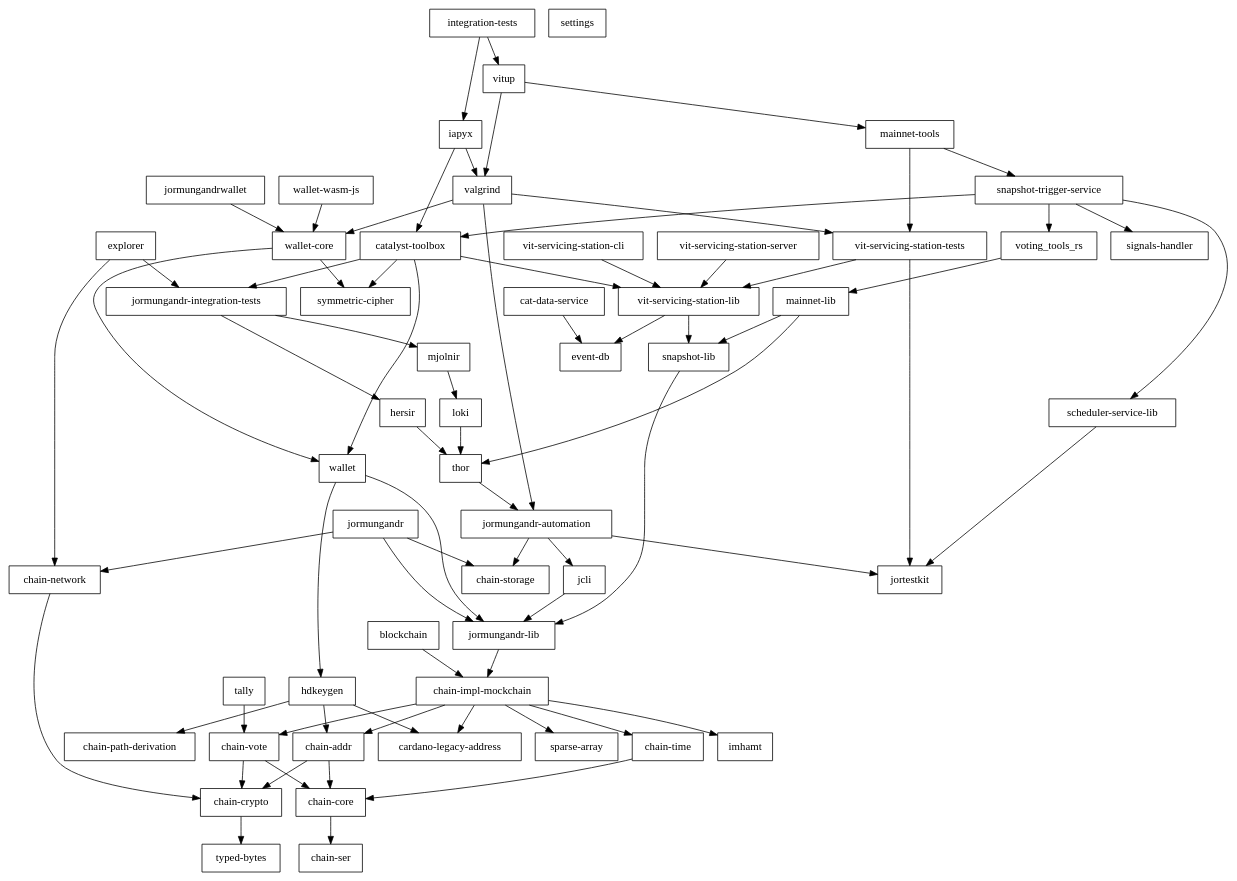
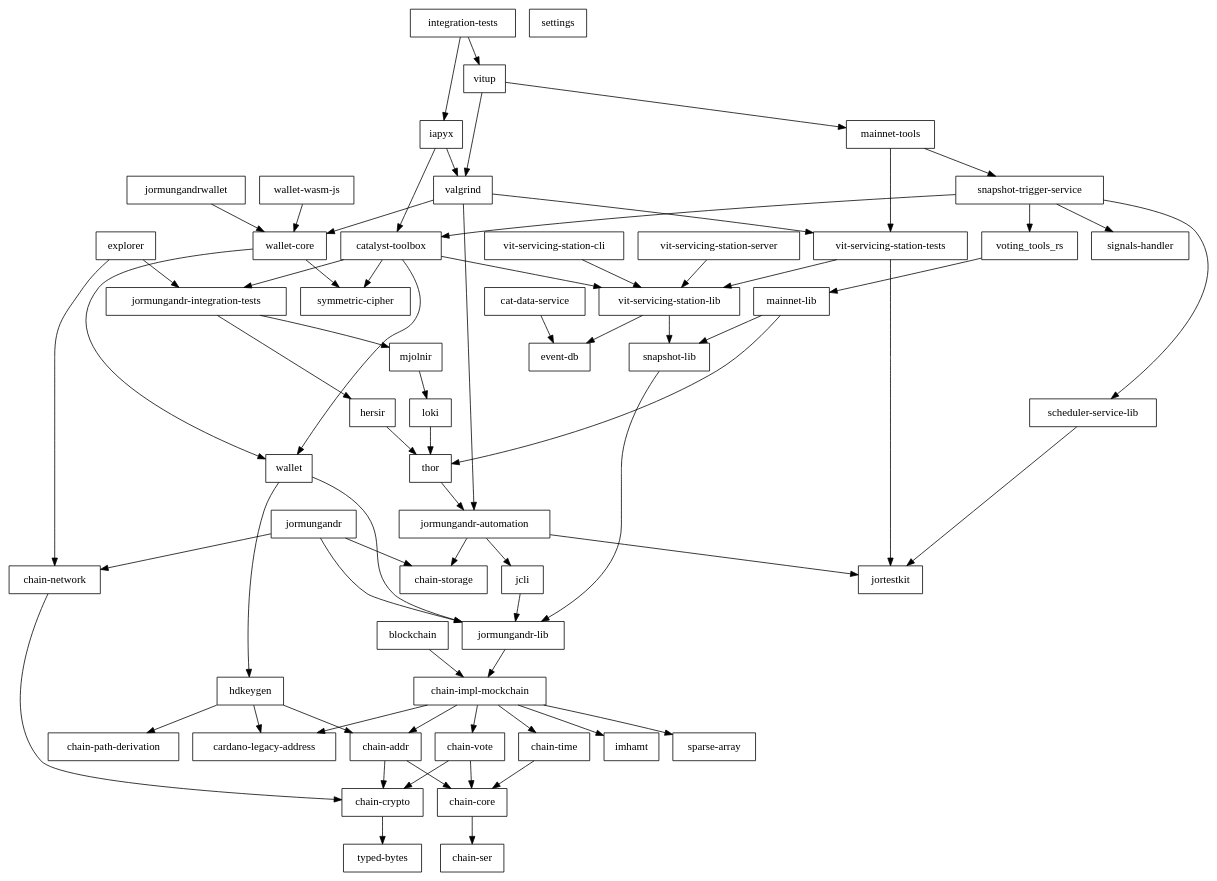
Before and after one commit to input-output-hk/catalyst-core: the diagram in refactor/event-db/06_rust_api/rust/doc/workspace.depgraph.dot, drawn with Graphviz. The commit also changed 1130 other files, not shown here.

```diff
--- a/refactor/event-db/06_rust_api/rust/doc/workspace.depgraph.dot
+++ b/refactor/event-db/06_rust_api/rust/doc/workspace.depgraph.dot
@@ -1,126 +1,124 @@
 digraph {
     0 [ label = "catalyst-toolbox" shape = box]
     1 [ label = "chain-addr" shape = box]
     2 [ label = "chain-core" shape = box]
     3 [ label = "chain-ser" shape = box]
     4 [ label = "chain-crypto" shape = box]
     5 [ label = "typed-bytes" shape = box]
     6 [ label = "chain-impl-mockchain" shape = box]
     7 [ label = "cardano-legacy-address" shape = box]
     8 [ label = "chain-time" shape = box]
     9 [ label = "chain-vote" shape = box]
     10 [ label = "imhamt" shape = box]
     11 [ label = "sparse-array" shape = box]
     12 [ label = "chain-storage" shape = box]
     13 [ label = "jcli" shape = box]
     14 [ label = "jormungandr-lib" shape = box]
     15 [ label = "jormungandr-automation" shape = box]
     16 [ label = "jortestkit" shape = box]
     17 [ label = "jormungandr-integration-tests" shape = box]
     18 [ label = "hersir" shape = box]
     19 [ label = "thor" shape = box]
     20 [ label = "loki" shape = box]
     21 [ label = "mjolnir" shape = box]
     22 [ label = "snapshot-lib" shape = box]
     23 [ label = "symmetric-cipher" shape = box]
     24 [ label = "vit-servicing-station-lib" shape = box]
     25 [ label = "event-db" shape = box]
     26 [ label = "vit-servicing-station-tests" shape = box]
     27 [ label = "wallet" shape = box]
     28 [ label = "chain-path-derivation" shape = box]
     29 [ label = "hdkeygen" shape = box]
     30 [ label = "chain-network" shape = box]
     31 [ label = "jormungandrwallet" shape = box]
     32 [ label = "wallet-core" shape = box]
     33 [ label = "wallet-wasm-js" shape = box]
     34 [ label = "jormungandr" shape = box]
     35 [ label = "explorer" shape = box]
     36 [ label = "settings" shape = box]
     37 [ label = "blockchain" shape = box]
     38 [ label = "vit-servicing-station-server" shape = box]
     39 [ label = "vit-servicing-station-cli" shape = box]
     40 [ label = "iapyx" shape = box]
     41 [ label = "valgrind" shape = box]
     42 [ label = "vitup" shape = box]
     43 [ label = "mainnet-lib" shape = box]
     44 [ label = "mainnet-tools" shape = box]
     45 [ label = "scheduler-service-lib" shape = box]
     46 [ label = "signals-handler" shape = box]
     47 [ label = "snapshot-trigger-service" shape = box]
     48 [ label = "voting_tools_rs" shape = box]
     49 [ label = "integration-tests" shape = box]
     50 [ label = "cat-data-service" shape = box]
-    51 [ label = "tally" shape = box]
     0 -> 17 [ ]
     0 -> 23 [ ]
     0 -> 24 [ ]
     0 -> 27 [ ]
     1 -> 2 [ ]
     1 -> 4 [ ]
     2 -> 3 [ ]
     4 -> 5 [ ]
     6 -> 7 [ ]
     6 -> 1 [ ]
     6 -> 8 [ ]
     6 -> 9 [ ]
     6 -> 10 [ ]
     6 -> 11 [ ]
     8 -> 2 [ ]
     9 -> 2 [ ]
     9 -> 4 [ ]
     13 -> 14 [ ]
     14 -> 6 [ ]
     15 -> 12 [ ]
     15 -> 13 [ ]
     15 -> 16 [ ]
     17 -> 18 [ ]
     17 -> 21 [ ]
     18 -> 19 [ ]
     19 -> 15 [ ]
     20 -> 19 [ ]
     21 -> 20 [ ]
     22 -> 14 [ ]
     24 -> 25 [ ]
     24 -> 22 [ ]
     26 -> 16 [ ]
     26 -> 24 [ ]
     27 -> 29 [ ]
     27 -> 14 [ ]
     29 -> 7 [ ]
     29 -> 1 [ ]
     29 -> 28 [ ]
     30 -> 4 [ ]
     31 -> 32 [ ]
     32 -> 23 [ ]
     32 -> 27 [ ]
     33 -> 32 [ ]
     34 -> 30 [ ]
     34 -> 12 [ ]
     34 -> 14 [ ]
     35 -> 30 [ ]
     35 -> 17 [ ]
     37 -> 6 [ ]
     38 -> 24 [ ]
     39 -> 24 [ ]
     40 -> 0 [ ]
     40 -> 41 [ ]
     41 -> 15 [ ]
     41 -> 26 [ ]
     41 -> 32 [ ]
     42 -> 44 [ ]
     42 -> 41 [ ]
     43 -> 22 [ ]
     43 -> 19 [ ]
     44 -> 47 [ ]
     44 -> 26 [ ]
     45 -> 16 [ ]
     47 -> 0 [ ]
     47 -> 45 [ ]
     47 -> 46 [ ]
     47 -> 48 [ ]
     48 -> 43 [ ]
     49 -> 40 [ ]
     49 -> 42 [ ]
     50 -> 25 [ ]
-    51 -> 9 [ ]
 }
```
